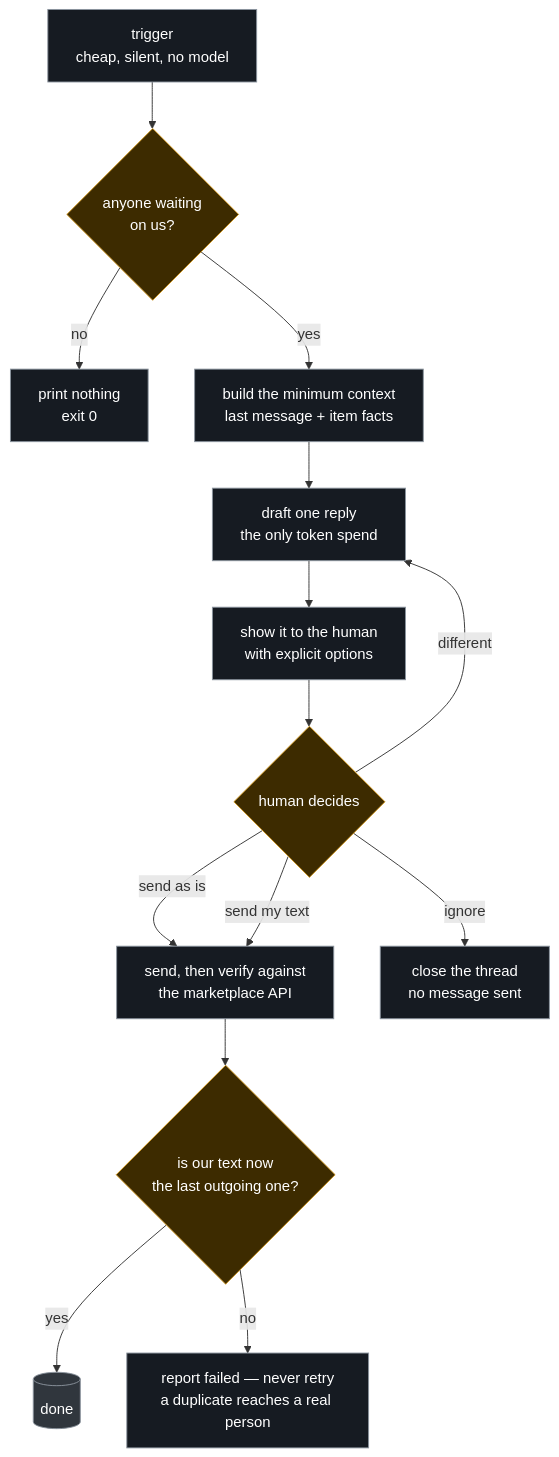
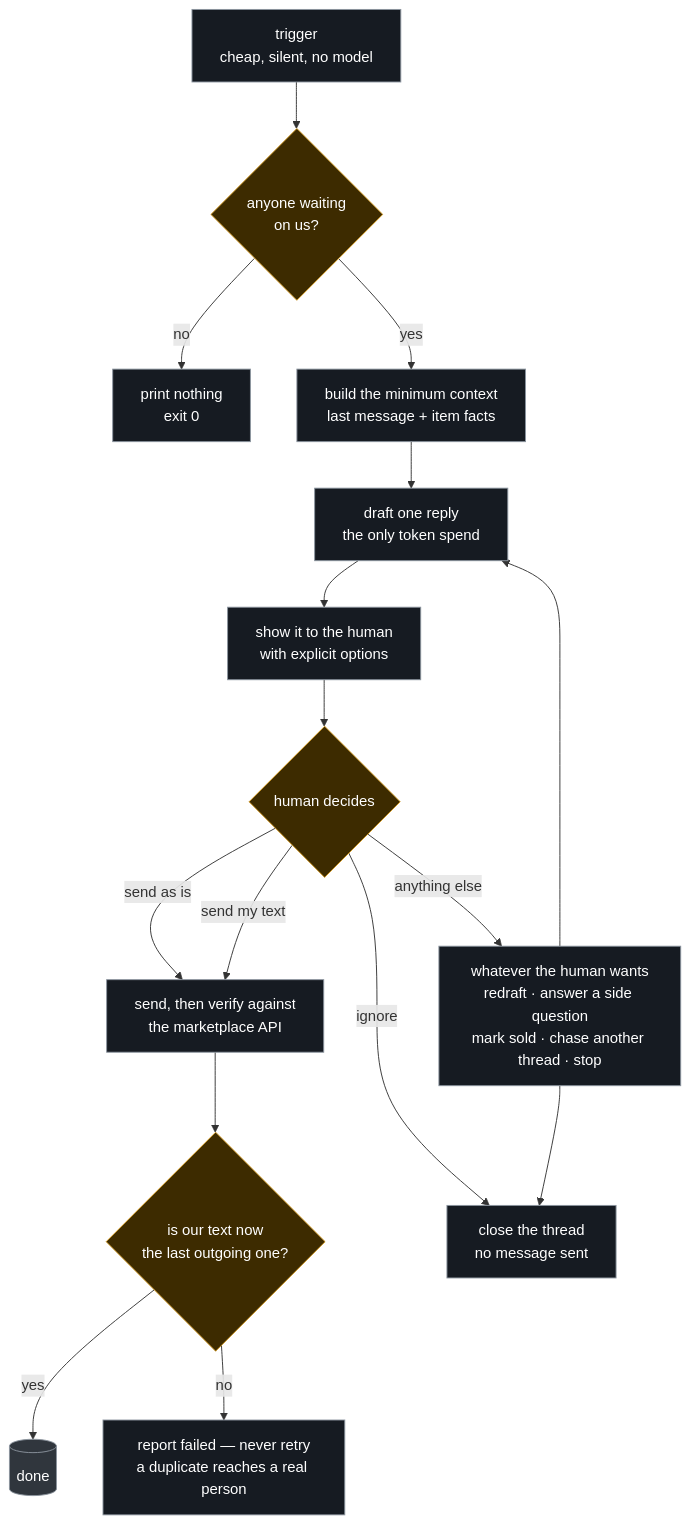
One commit to Dorten8/secondhand-ops changed the fifth of 6 diagrams in docs/architecture.md. Above: the diagram before and after it, drawn with Mermaid. The commit also changed other lines of this file, not shown here.

````diff
--- a/docs/architecture.md
+++ b/docs/architecture.md
@@ -186,20 +186,22 @@
 ```mermaid
 flowchart TB
     TRIG["trigger<br/>cheap, silent, no model"]:::b --> NEW{"anyone waiting<br/>on us?"}:::d
     NEW -->|"no"| QUIET["print nothing<br/>exit 0"]:::b
     NEW -->|"yes"| CTX["build the minimum context<br/>last message + item facts"]:::b
     CTX --> DRAFT["draft one reply<br/>the only token spend"]:::b
     DRAFT --> NOTIFY["show it to the human<br/>with explicit options"]:::b
     NOTIFY --> DEC{"human decides"}:::d
     DEC -->|"send as is"| SEND
     DEC -->|"send my text"| SEND
     DEC -->|"ignore"| DROP["close the thread<br/>no message sent"]:::b
-    DEC -->|"different"| DRAFT
+    DEC -->|"anything else"| FREE["whatever the human wants<br/>redraft · answer a side question<br/>mark sold · chase another thread · stop"]:::b
+    FREE --> DRAFT
+    FREE --> DROP
     SEND["send, then verify against<br/>the marketplace API"]:::b --> VER{"is our text now<br/>the last outgoing one?"}:::d
     VER -->|"yes"| OKDONE[("done")]:::ext
     VER -->|"no"| HARDSTOP["report failed — never retry<br/>a duplicate reaches a real person"]:::b
 
     classDef b fill:#161b22,stroke:#8b949e,color:#fff
     classDef d fill:#3d2b00,stroke:#d29922,color:#fff
     classDef ext fill:#30363d,stroke:#8b949e,color:#fff
 ```
````
